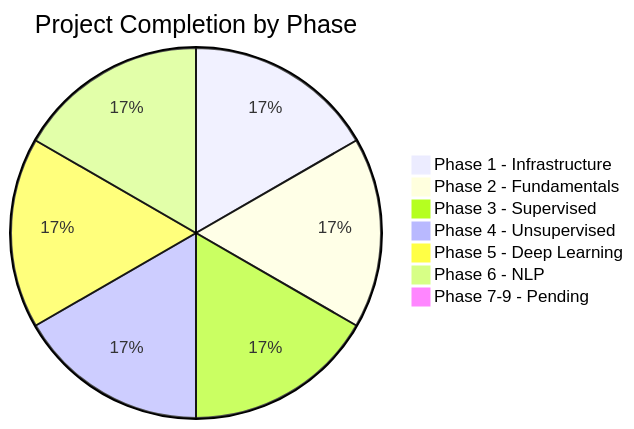
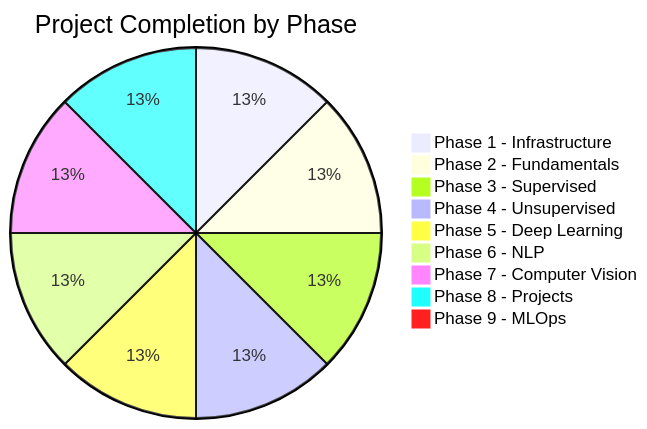
Before and after one commit to hkevin01/python-ML-learn: the tenth of 11 diagrams in README.md, drawn with Mermaid. The commit also changed other lines of this file and 7 other files, not shown here.

````diff
--- a/README.md
+++ b/README.md
@@ -686,10 +703,12 @@
 ```mermaid
 pie title Project Completion by Phase
     "Phase 1 - Infrastructure" : 100
     "Phase 2 - Fundamentals" : 100
     "Phase 3 - Supervised" : 100
     "Phase 4 - Unsupervised" : 100
     "Phase 5 - Deep Learning" : 100
     "Phase 6 - NLP" : 100
-    "Phase 7-9 - Pending" : 0
+    "Phase 7 - Computer Vision" : 100
+    "Phase 8 - Projects" : 100
+    "Phase 9 - MLOps" : 0
 ```
````
